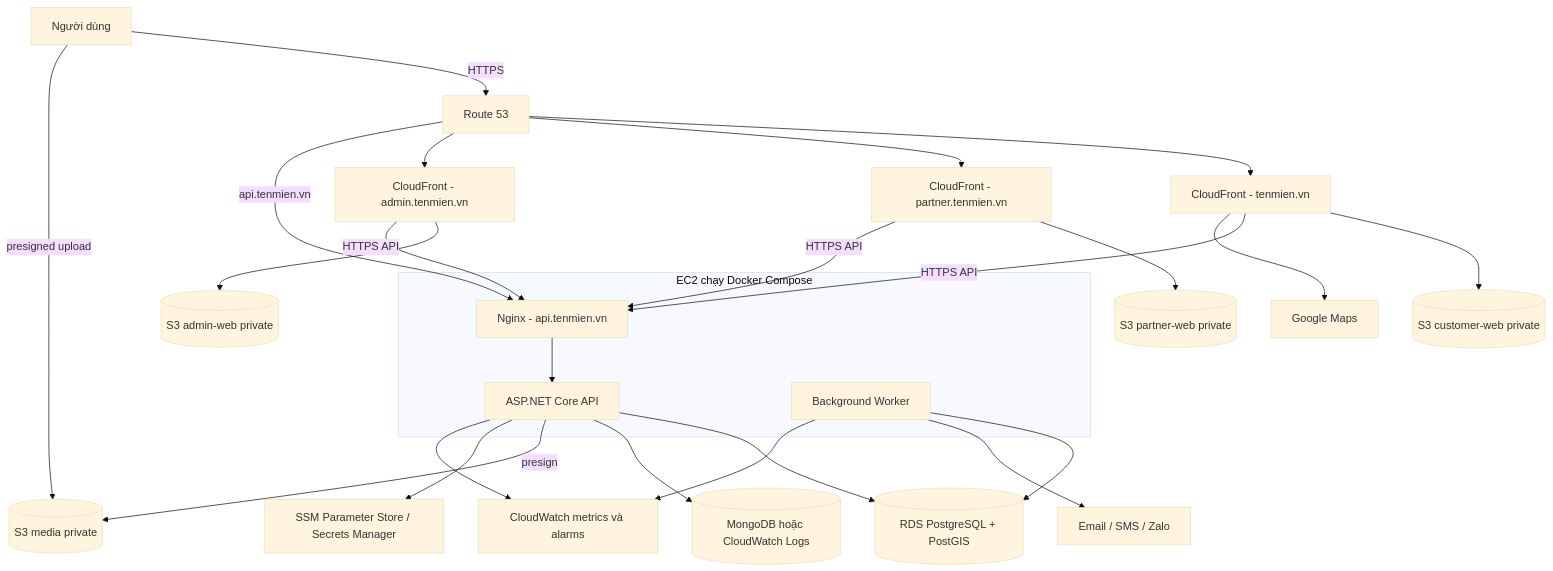
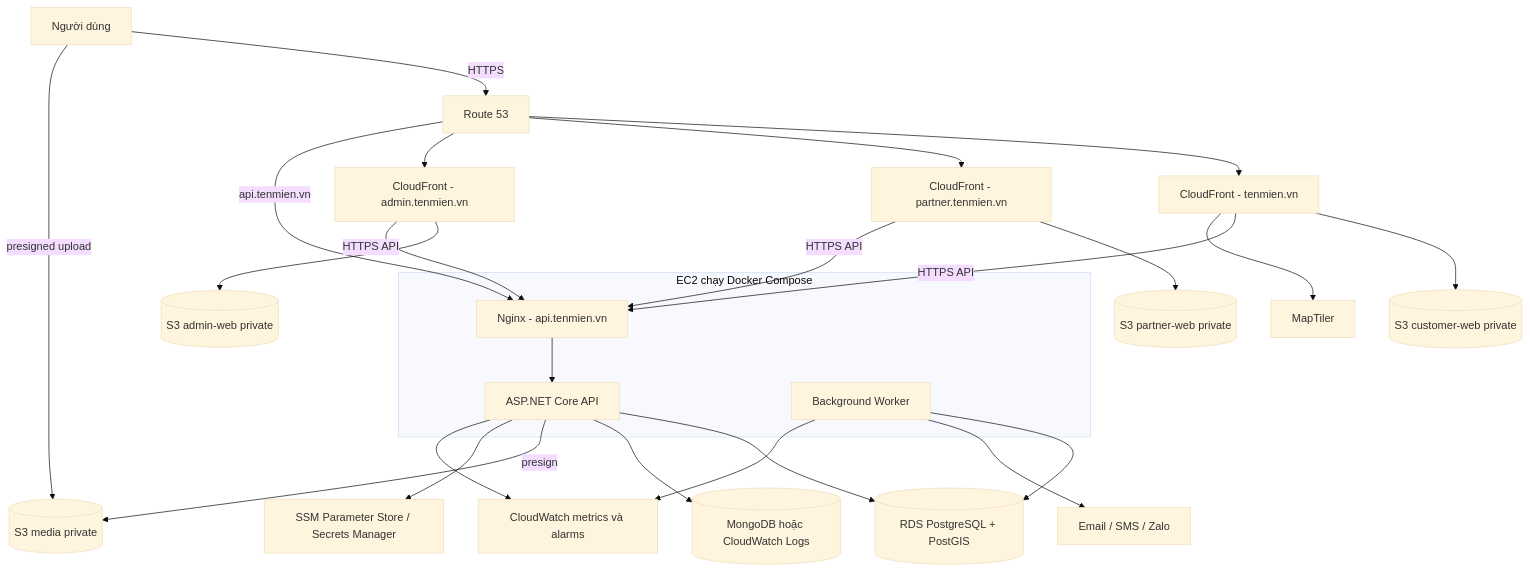
Before and after one commit to nguyendingluong20225878/ShuttleBook: the second of 3 diagrams in docs/03-data-and-architecture.md, drawn with Mermaid (base theme). The commit also changed 35 other files, not shown here.

Commit message:
feat(f02): add partner onboarding and MapTiler

````diff
--- a/docs/03-data-and-architecture.md
+++ b/docs/03-data-and-architecture.md
@@ -296,45 +296,45 @@
 ```mermaid
 flowchart TB
     U[Người dùng]
     DNS[Route 53]
     CFC[CloudFront - tenmien.vn]
     CFP[CloudFront - partner.tenmien.vn]
     CFA[CloudFront - admin.tenmien.vn]
     S3C[(S3 customer-web private)]
     S3P[(S3 partner-web private)]
     S3A[(S3 admin-web private)]
-    MAP[Google Maps]
+    MAP[MapTiler]
 
     subgraph EC2[EC2 chạy Docker Compose]
       N[Nginx - api.tenmien.vn]
       API[ASP.NET Core API]
       W[Background Worker]
       N --> API
     end
 
     PG[(RDS PostgreSQL + PostGIS)]
     M[(MongoDB hoặc CloudWatch Logs)]
     MEDIA[(S3 media private)]
     NP[Email / SMS / Zalo]
     SEC[SSM Parameter Store / Secrets Manager]
     OBS[CloudWatch metrics và alarms]
 
     U -->|HTTPS| DNS
     DNS --> CFC --> S3C
     DNS --> CFP --> S3P
     DNS --> CFA --> S3A
     DNS -->|api.tenmien.vn| N
     CFC -->|HTTPS API| N
     CFP -->|HTTPS API| N
     CFA -->|HTTPS API| N
     CFC --> MAP
     API --> PG
     W --> PG
     API --> M
     API -->|presign| MEDIA
     U -->|presigned upload| MEDIA
     W --> NP
     API --> SEC
     API --> OBS
     W --> OBS
 ```
````
